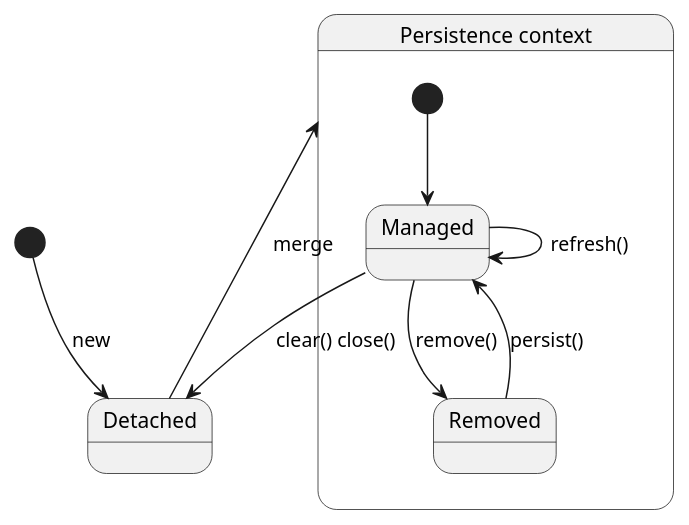
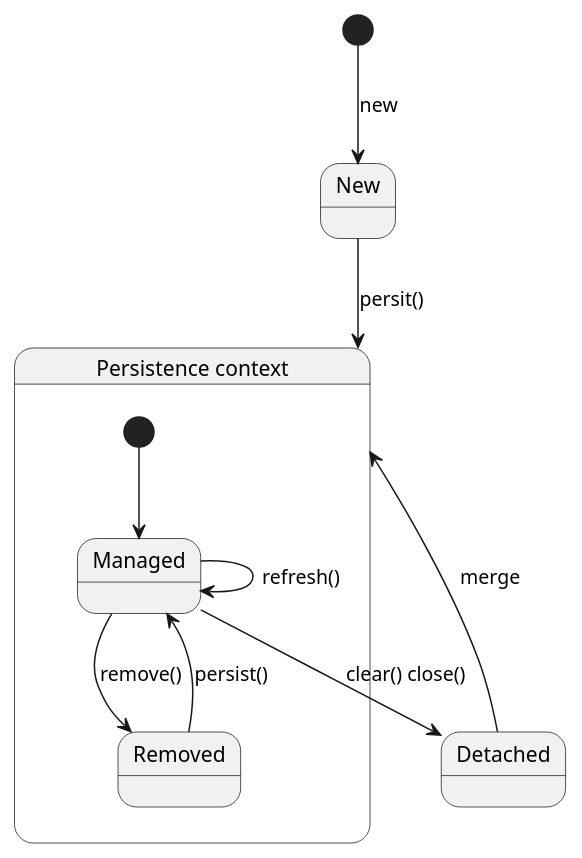
One commit to frederic-v/gestages changed the diagram in src/main/docs/cycle-vie-objet-jpa.puml. Above: the diagram before and after it, drawn with PlantUML.

Commit message:
Mis à jour du diag cycle de vie d'un objet (JPA)

```diff
--- a/src/main/docs/cycle-vie-objet-jpa.puml
+++ b/src/main/docs/cycle-vie-objet-jpa.puml
@@ -1,17 +1,19 @@
 @startuml
 
-[*] --> Detached : new
+state "New" as New
 
 state "Persistence context" as Persisted {
   state "Managed" as Managed
   state "Removed" as Removed
   [*] --> Managed
   Managed --> Managed : refresh()
   Managed --> Removed : remove()
   Removed --> Managed : persist()
  }
 
+ [*] --> New : new
+ New --> Persisted : persit()
  Detached --> Persisted : merge
  Managed --> Detached : clear() close()
 
 @enduml
```
